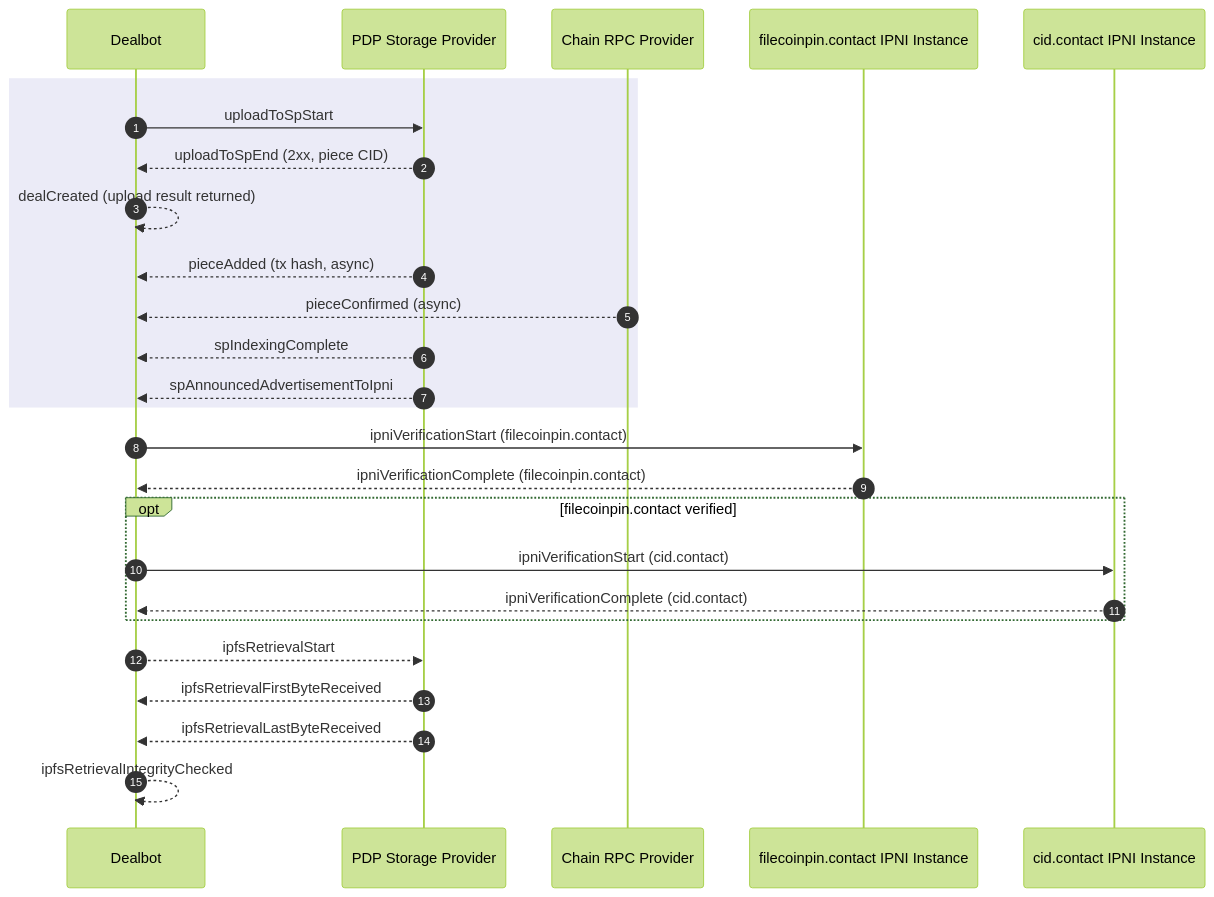
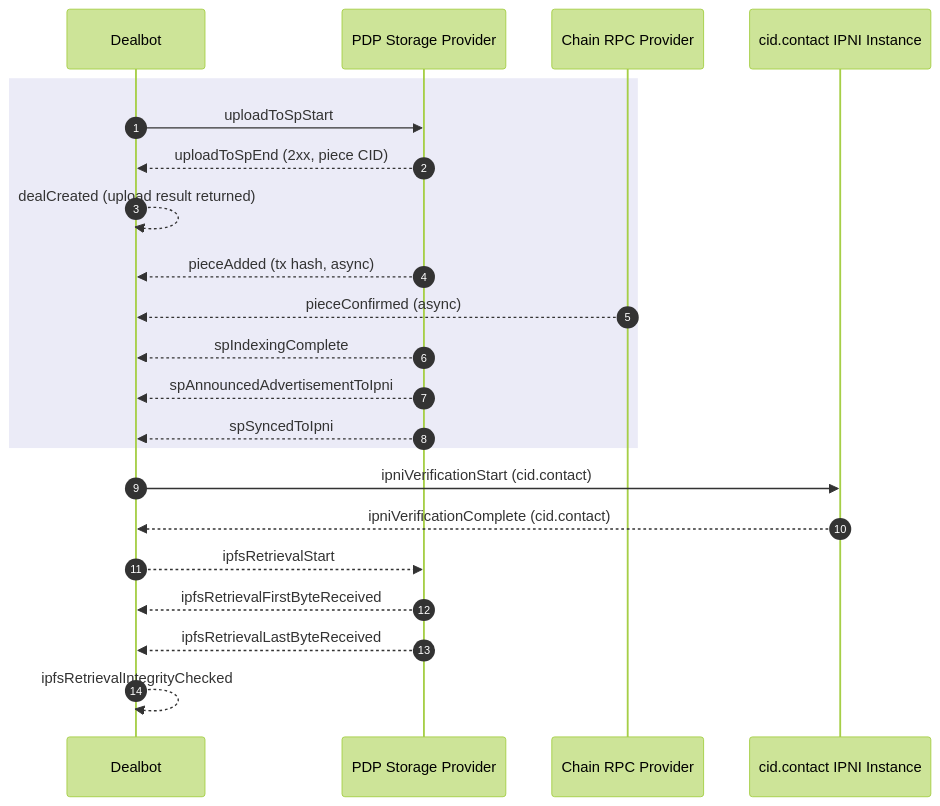
Before and after one commit to FilOzone/dealbot: the first of 3 diagrams in docs/checks/events-and-metrics.md, drawn with Mermaid (forest theme). The commit also changed other lines of this file and 20 other files, not shown here.

First line of the commit message:
chore: retarget IPNI verification from advertised to synced, single cid.contact check (#690)

````diff
--- a/docs/checks/events-and-metrics.md
+++ b/docs/checks/events-and-metrics.md
@@ -13,31 +13,27 @@
 ```mermaid
 sequenceDiagram
   autonumber
   participant Dealbot
   participant SP as PDP Storage Provider
   participant RPC as Chain RPC Provider
-  participant FPNI as filecoinpin.contact IPNI Instance
   participant CPNI as cid.contact IPNI Instance
 
   rect rgba(120, 120, 200, 0.15)
     %% Data Storage Only
     Dealbot->>SP: uploadToSpStart
     SP-->>Dealbot: uploadToSpEnd (2xx, piece CID)
     Dealbot-->>Dealbot: dealCreated (upload result returned)
     SP-->>Dealbot: pieceAdded (tx hash, async)
     RPC-->>Dealbot: pieceConfirmed (async)
     SP-->>Dealbot: spIndexingComplete
     SP-->>Dealbot: spAnnouncedAdvertisementToIpni
+    SP-->>Dealbot: spSyncedToIpni
   end
 
-  Dealbot->>FPNI: ipniVerificationStart (filecoinpin.contact)
-  FPNI-->>Dealbot: ipniVerificationComplete (filecoinpin.contact)
-  opt filecoinpin.contact verified
-    Dealbot->>CPNI: ipniVerificationStart (cid.contact)
-    CPNI-->>Dealbot: ipniVerificationComplete (cid.contact)
-  end
+  Dealbot->>CPNI: ipniVerificationStart (cid.contact)
+  CPNI-->>Dealbot: ipniVerificationComplete (cid.contact)
   Dealbot-->>SP: ipfsRetrievalStart
   SP-->>Dealbot: ipfsRetrievalFirstByteReceived
   SP-->>Dealbot: ipfsRetrievalLastByteReceived
   Dealbot-->>Dealbot: ipfsRetrievalIntegrityChecked
 ```
````
